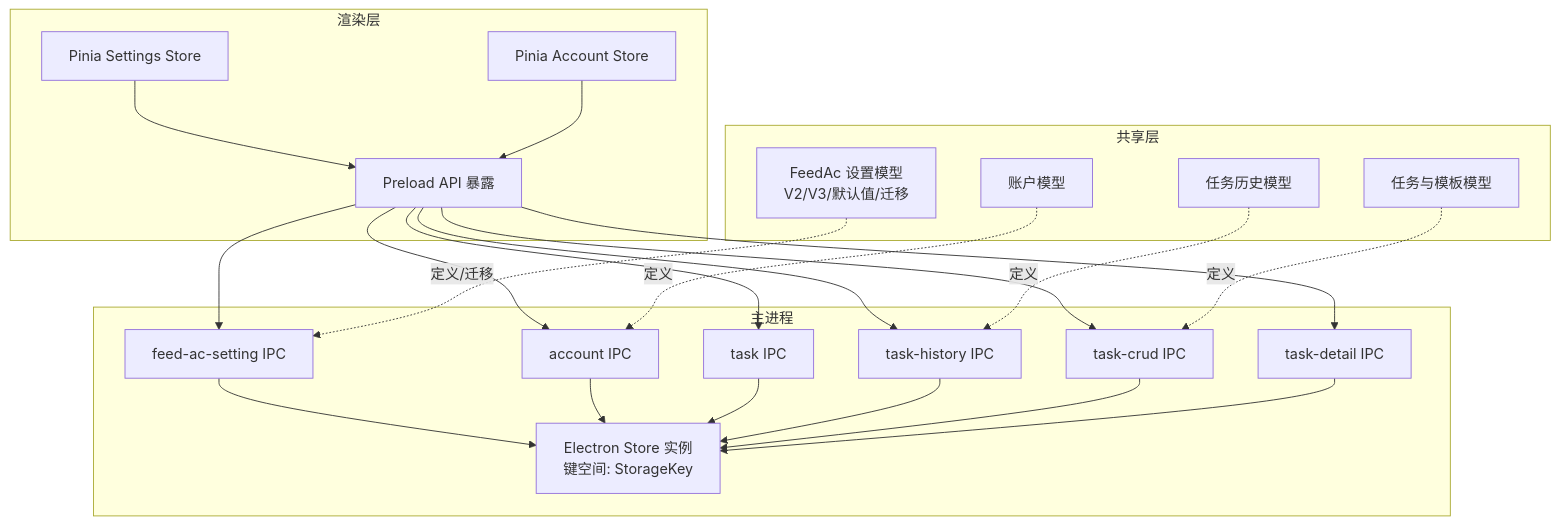
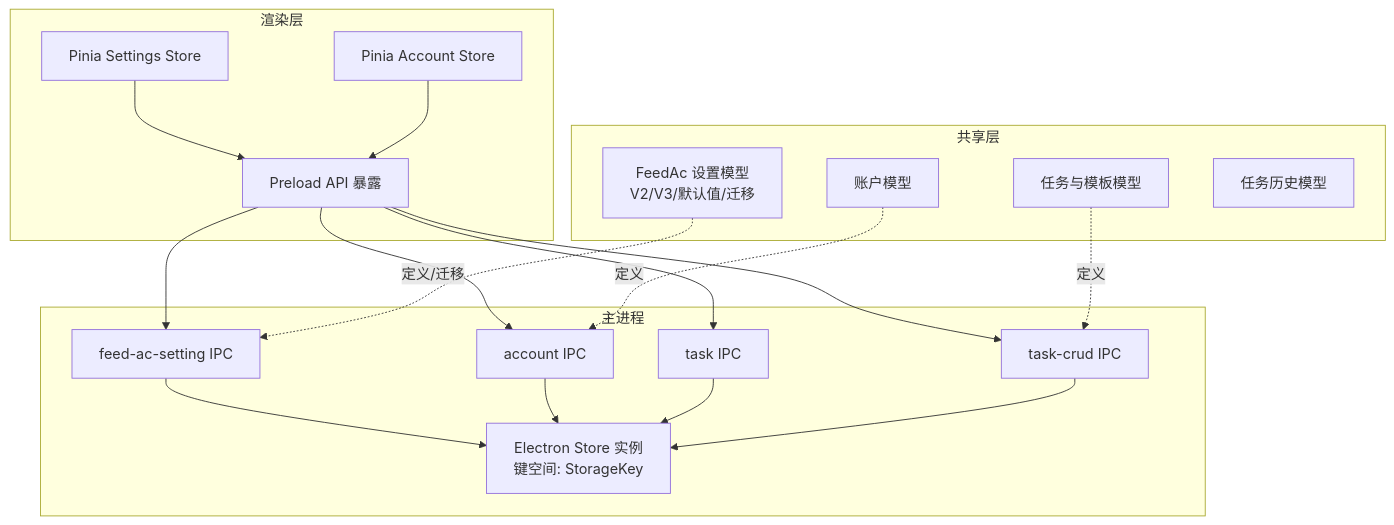
One commit to hipig/autoOps changed the first of 8 diagrams in .qoder/repowiki/zh/content/工具和实用程序/本地存储管理.md. Above: the diagram before and after it, drawn with Mermaid. The commit also changed other lines of this file and 37 other files, not shown here.

````diff
--- a/.qoder/repowiki/zh/content/工具和实用程序/本地存储管理.md
+++ b/.qoder/repowiki/zh/content/工具和实用程序/本地存储管理.md
@@ -51,41 +54,34 @@
 ```mermaid
 graph TB
 subgraph "主进程"
 S["Electron Store 实例<br/>键空间: StorageKey"]
 IPC1["feed-ac-setting IPC"]
 IPC2["account IPC"]
 IPC3["task IPC"]
-IPC4["task-history IPC"]
-IPC5["task-crud IPC"]
-IPC6["task-detail IPC"]
+IPC4["task-crud IPC"]
 end
 subgraph "共享层"
 M1["FeedAc 设置模型<br/>V2/V3/默认值/迁移"]
 M2["账户模型"]
 M3["任务与模板模型"]
 M4["任务历史模型"]
 end
 subgraph "渲染层"
 R1["Pinia Settings Store"]
 R2["Pinia Account Store"]
 P["Preload API 暴露"]
 end
 R1 --> P
 R2 --> P
 P --> IPC1
 P --> IPC2
 P --> IPC3
 P --> IPC4
-P --> IPC5
-P --> IPC6
 IPC1 --> S
 IPC2 --> S
 IPC3 --> S
 IPC4 --> S
-IPC5 --> S
-IPC6 --> S
 M1 -. 定义/迁移 .-> IPC1
 M2 -. 定义 .-> IPC2
-M3 -. 定义 .-> IPC5
-M4 -. 定义 .-> IPC4
+M3 -. 定义 .-> IPC4
 ```
````
